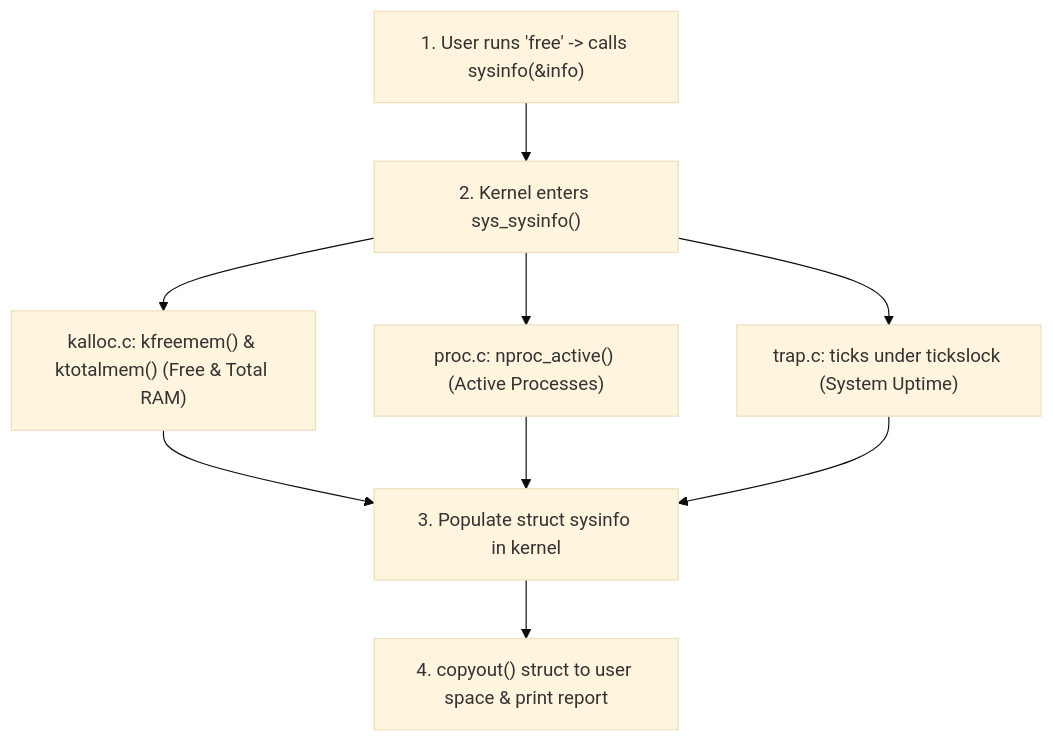
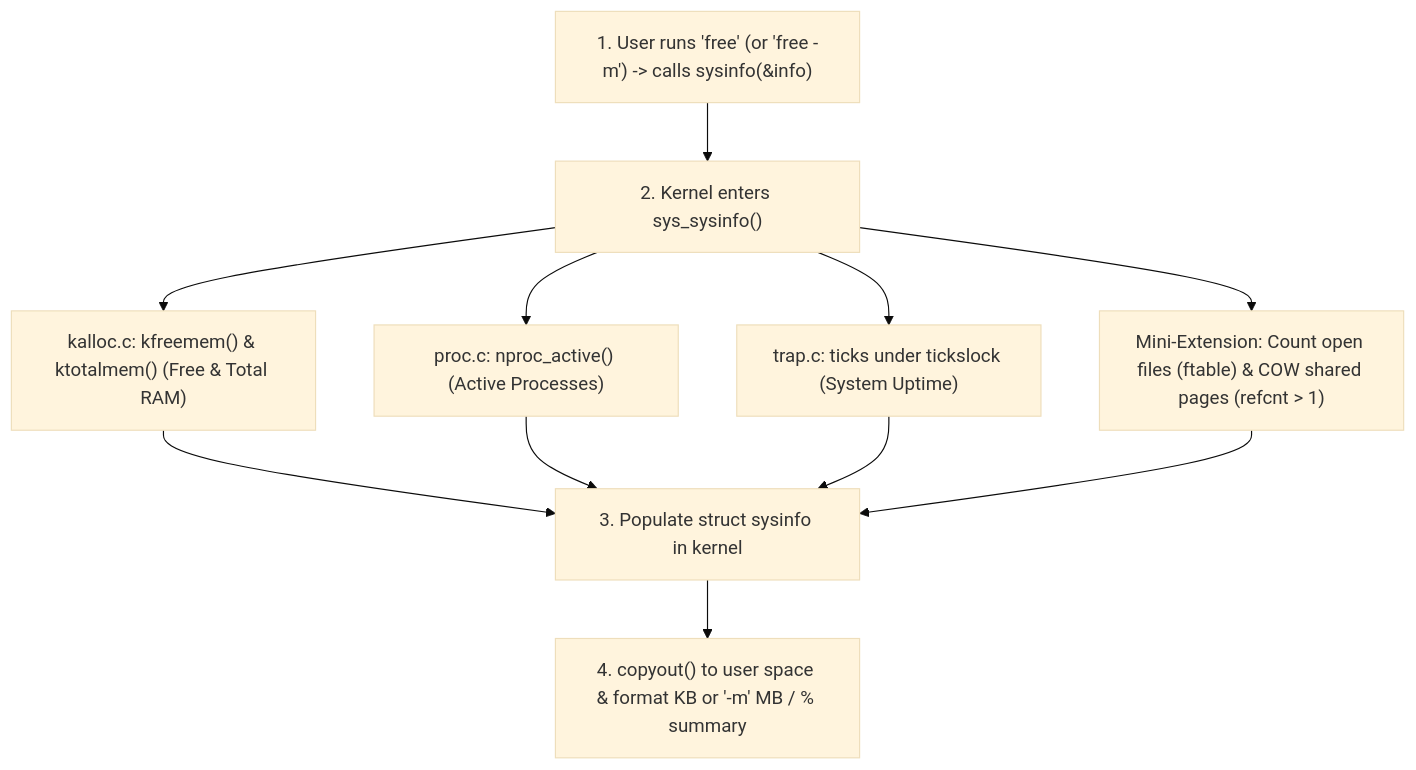
Before and after one commit to asbahkhan67-ctrl/xv6-riscv: the eighth of 21 diagrams in README.md, drawn with Mermaid (base theme). The commit also changed other lines of this file, not shown here.

````diff
--- a/README.md
+++ b/README.md
@@ -400,14 +444,16 @@
 ```mermaid
 flowchart TD
-    U["1. User runs 'free' -> calls sysinfo(&info)"] --> S["2. Kernel enters sys_sysinfo()"]
+    U["1. User runs 'free' (or 'free -m') -> calls sysinfo(&info)"] --> S["2. Kernel enters sys_sysinfo()"]
 
     S --> M["kalloc.c: kfreemem() & ktotalmem() (Free & Total RAM)"]
     S --> P["proc.c: nproc_active() (Active Processes)"]
     S --> T["trap.c: ticks under tickslock (System Uptime)"]
+    S --> EXT["Mini-Extension: Count open files (ftable) & COW shared pages (refcnt > 1)"]
 
     M --> Pack["3. Populate struct sysinfo in kernel"]
     P --> Pack
     T --> Pack
+    EXT --> Pack
 
-    Pack --> Out["4. copyout() struct to user space & print report"]
+    Pack --> Out["4. copyout() to user space & format KB or '-m' MB / % summary"]
 ```
````
